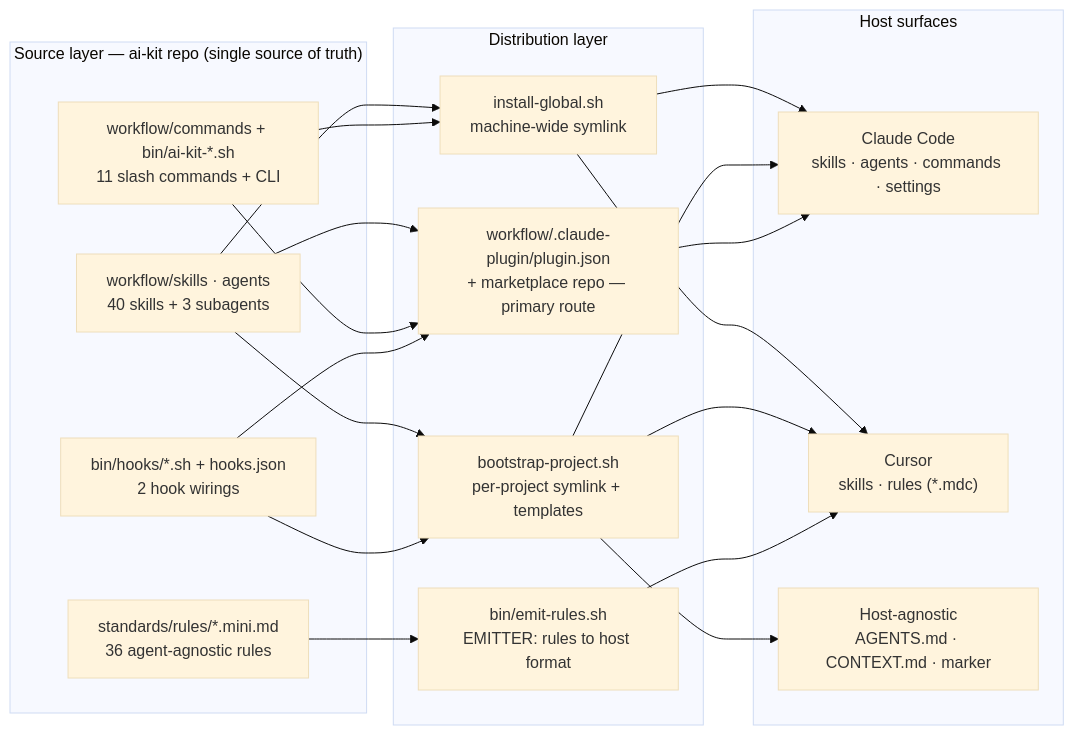
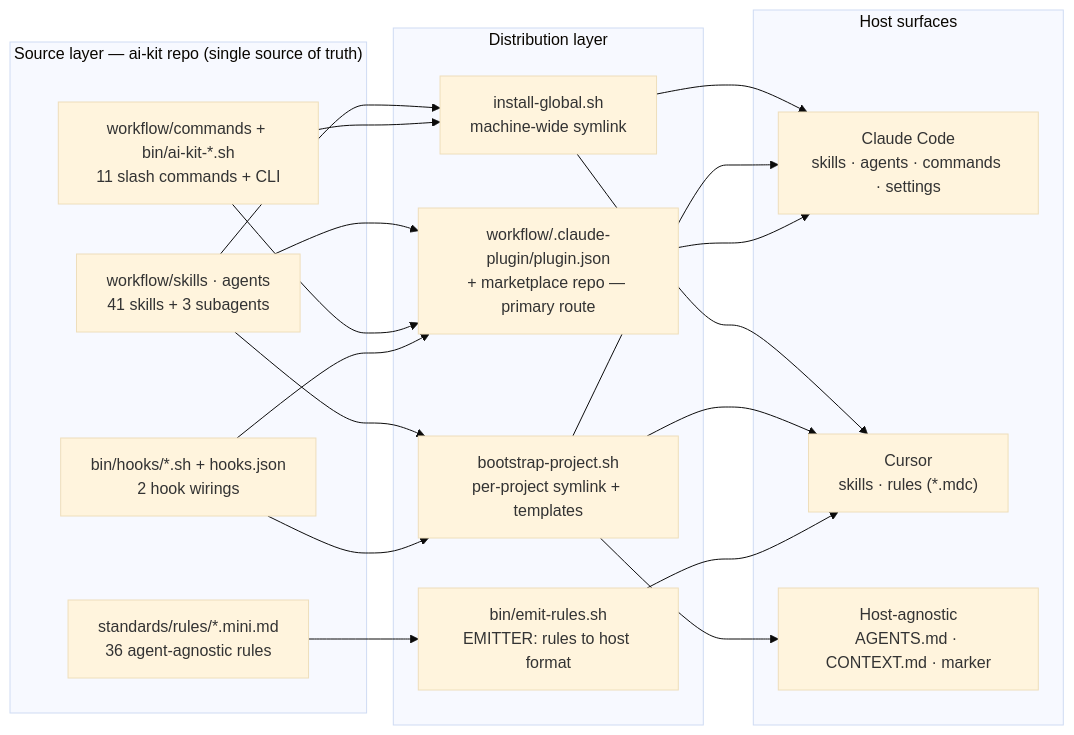
One commit to yusufkaracaburun/ai-kit changed the first of 2 diagrams in docs/diagrams.md. Above: the diagram before and after it, drawn with Mermaid (base theme). The commit also changed 10 other files, not shown here.

````diff
--- a/docs/diagrams.md
+++ b/docs/diagrams.md
@@ -10,32 +10,32 @@
 ```mermaid
 flowchart LR
   subgraph SRC["Source layer — ai-kit repo (single source of truth)"]
-    SA["workflow/skills · agents<br/>40 skills + 3 subagents"]
+    SA["workflow/skills · agents<br/>41 skills + 3 subagents"]
     CB["workflow/commands + bin/ai-kit-*.sh<br/>11 slash commands + CLI"]
     H["bin/hooks/*.sh + hooks.json<br/>2 hook wirings"]
     R["standards/rules/*.mini.md<br/>36 agent-agnostic rules"]
   end
 
   subgraph DIST["Distribution layer"]
     IG["install-global.sh<br/>machine-wide symlink"]
     PL["workflow/.claude-plugin/plugin.json<br/>+ marketplace repo — primary route"]
     BP["bootstrap-project.sh<br/>per-project symlink + templates"]
     ER["bin/emit-rules.sh<br/>EMITTER: rules to host format"]
   end
 
   subgraph HOSTS["Host surfaces"]
     CC["Claude Code<br/>skills · agents · commands · settings"]
     CU["Cursor<br/>skills · rules (*.mdc)"]
     HA["Host-agnostic<br/>AGENTS.md · CONTEXT.md · marker"]
   end
 
   SA --> IG & BP & PL
   CB --> IG & PL
   H --> PL & BP
   R --> ER
 
   IG --> CC & CU
   BP --> CC & CU & HA
   PL --> CC
   ER --> CU
 ```
````
